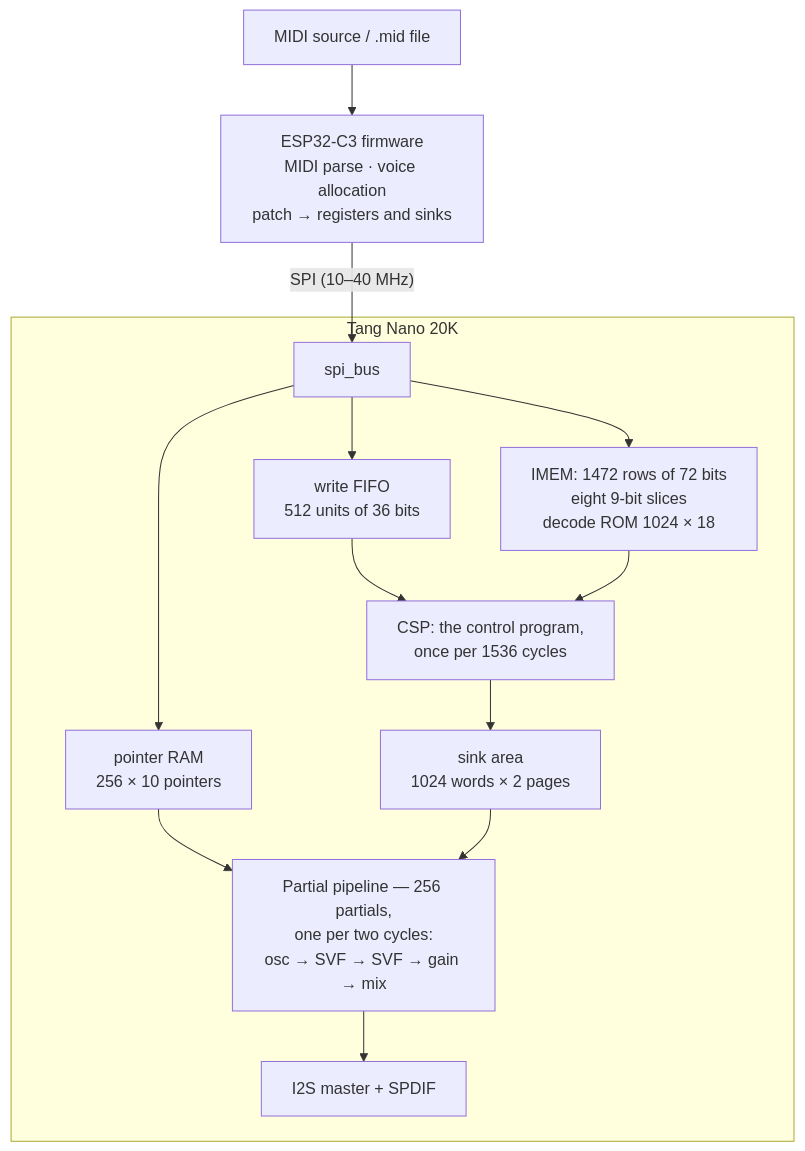
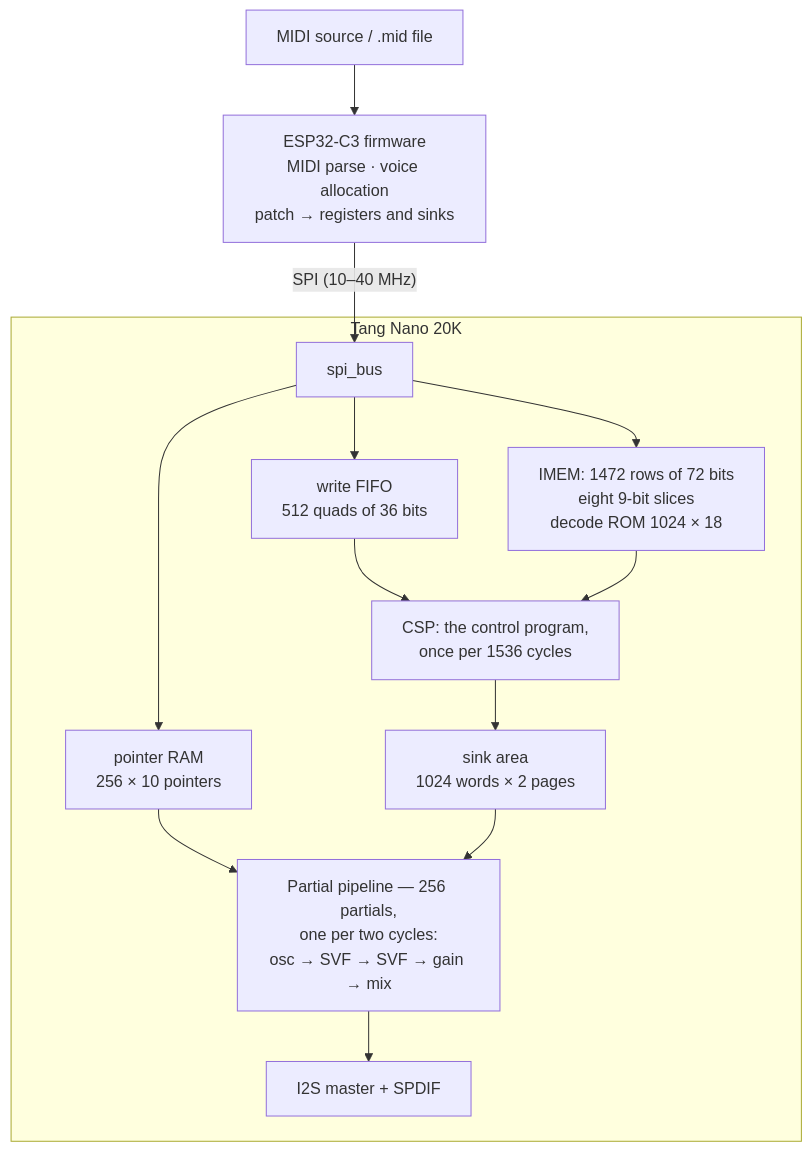
The diagram in docs/memory_map.md (Thorwegian/noaidi-fpga-synth), drawn with Mermaid before and after one commit. The commit also changed other lines of this file and 78 other files, not shown here.

````diff
--- a/docs/memory_map.md
+++ b/docs/memory_map.md
@@ -38,16 +38,16 @@
 ```mermaid
 flowchart TD
     MIDI["MIDI source / .mid file"] --> ESP["ESP32-C3 firmware<br/>MIDI parse · voice allocation<br/>patch → registers and sinks"]
     ESP -- "SPI (10–40 MHz)" --> BUS["spi_bus"]
     subgraph FG["Tang Nano 20K"]
-        BUS --> Q["write FIFO<br/>512 units of 36 bits"]
+        BUS --> Q["write FIFO<br/>512 quads of 36 bits"]
         BUS --> PGM["IMEM: 1472 rows of 72 bits<br/>eight 9-bit slices<br/>decode ROM 1024 × 18"]
         BUS --> PTR["pointer RAM<br/>256 × 10 pointers"]
         Q --> CSP["CSP: the control program,<br/>once per 1536 cycles"]
         PGM --> CSP
         CSP --> SINKS["sink area<br/>1024 words × 2 pages"]
         PTR --> PIPE["Partial pipeline — 256 partials,<br/>one per two cycles:<br/>osc → SVF → SVF → gain → mix"]
         SINKS --> PIPE
         PIPE --> OUT["I2S master + SPDIF"]
     end
 ```
````
